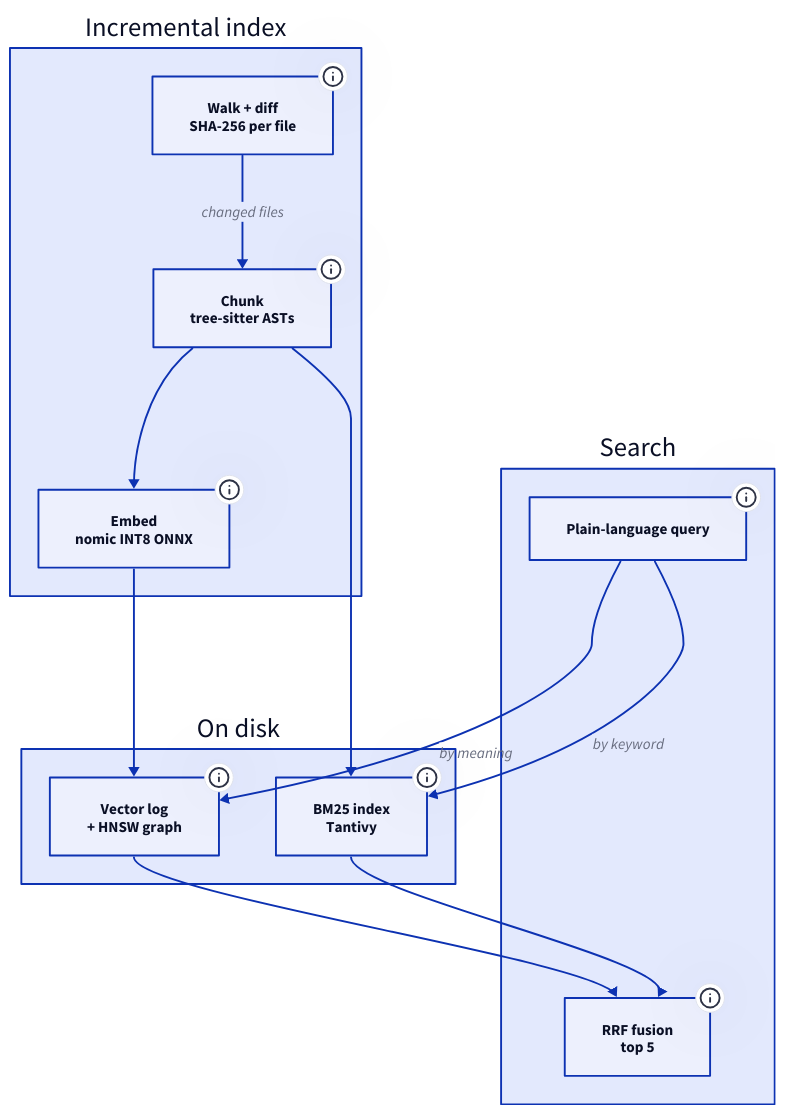
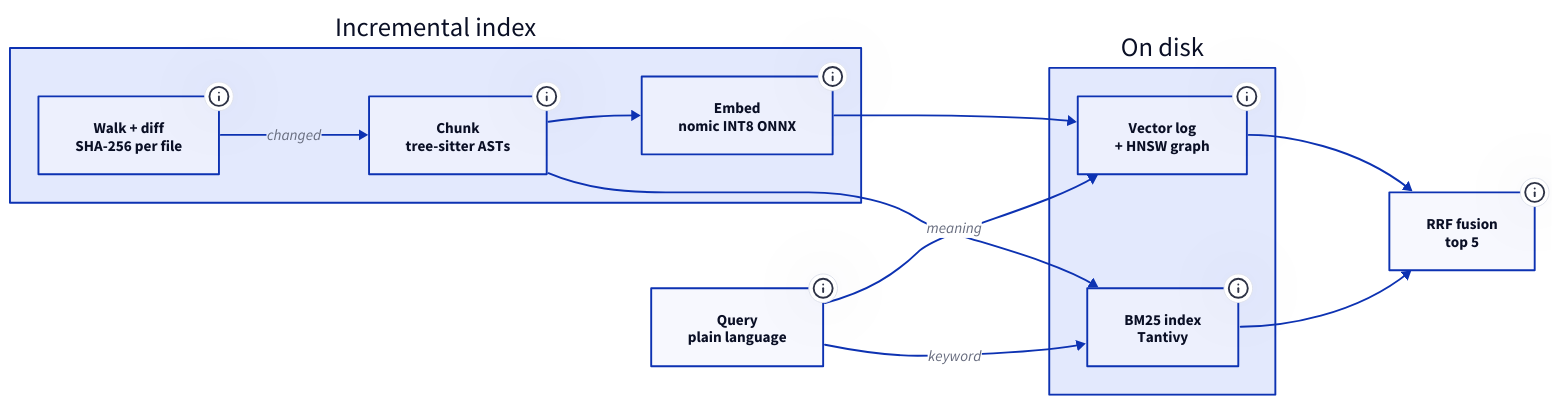
The diagram in data/projects/diagrams/codebase-indexer-pipeline.d2 (kunalgoesbyken/portfoliov1), drawn with D2 before and after one commit. The commit also changed 35 other files, not shown here.

Commit message:
Horizontal diagrams with side detail panel, uniform screenshot frames, direct project cards

```diff
--- a/data/projects/diagrams/codebase-indexer-pipeline.d2
+++ b/data/projects/diagrams/codebase-indexer-pipeline.d2
@@ -1,50 +1,48 @@
-direction: down
+direction: right
 
 index: Incremental index {
   class: zone
   walk: Walk + diff\nSHA-256 per file {
     class: service
     tooltip: "Respects .gitignore, then compares each file SHA-256 and mtime with the cache. Only new or changed files continue, and deleted ones are tombstoned out of both indexes. A no-op re-index takes 95 ms."
   }
   chunk: Chunk\ntree-sitter ASTs {
     class: service
     tooltip: "Emits whole declarations per language. Anything over 3,000 characters is split along child nodes and greedily re-merged, so every byte lands in exactly one chunk and no function is cut in half."
   }
   embed: Embed\nnomic INT8 ONNX {
     class: model
     tooltip: "nomic-embed-text v1.5 quantised to INT8 and run locally through ONNX Runtime. Chunks are sorted by length and batched to limit padding, then mean-pooled into 768-dimension vectors."
   }
-  walk -> chunk: changed files
+  walk -> chunk: changed
   chunk -> embed
 }
 
 disk: On disk {
   class: zone
   vectors: Vector log\n+ HNSW graph {
     class: store
     tooltip: "An append-only log: updates write a tombstone plus new records, compaction runs only when dead records outnumber live ones, and a torn tail is repaired on load. The hand-written HNSW graph stores the log length it was built from, and a stale graph falls back to an exact scan."
   }
   bm25: BM25 index\nTantivy {
     class: store
     tooltip: "Keyword index with a lenient query parser, so code-shaped queries such as foo::bar() never fail to parse."
   }
 }
 
-query: Search {
-  class: zone
-  ask: Plain-language query {
-    class: client
-    tooltip: "Embedded once with the model query prefix, then sent to both rankers."
-  }
-  fuse: RRF fusion\ntop 5 {
-    class: service
-    tooltip: "Reciprocal Rank Fusion with k=60 merges the top 20 from each ranker by rank, not score, so cosine similarity and BM25 never need calibrating against each other."
-  }
+ask: Query\nplain language {
+  class: client
+  tooltip: "Embedded once with the model query prefix, then sent to both rankers."
+}
+
+fuse: RRF fusion\ntop 5 {
+  class: service
+  tooltip: "Reciprocal Rank Fusion with k=60 merges the top 20 from each ranker by rank, not score, so cosine similarity and BM25 never need calibrating against each other."
 }
 
 index.embed -> disk.vectors
 index.chunk -> disk.bm25
-query.ask -> disk.vectors: by meaning
-query.ask -> disk.bm25: by keyword
-disk.vectors -> query.fuse
-disk.bm25 -> query.fuse
+ask -> disk.vectors: meaning
+ask -> disk.bm25: keyword
+disk.vectors -> fuse
+disk.bm25 -> fuse
```
